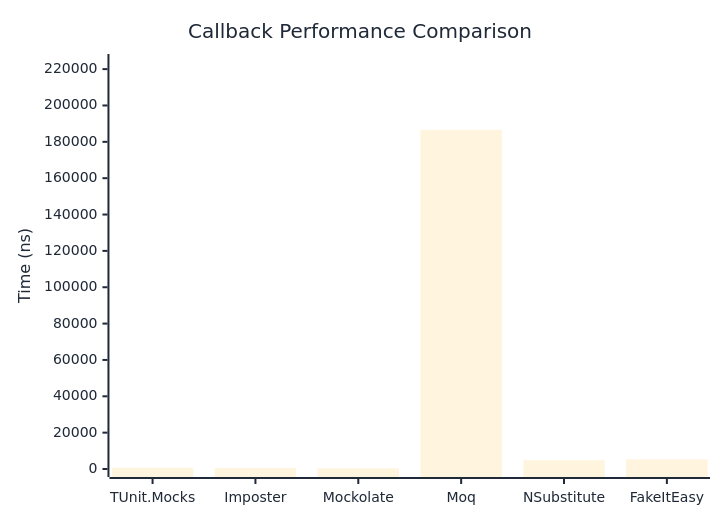
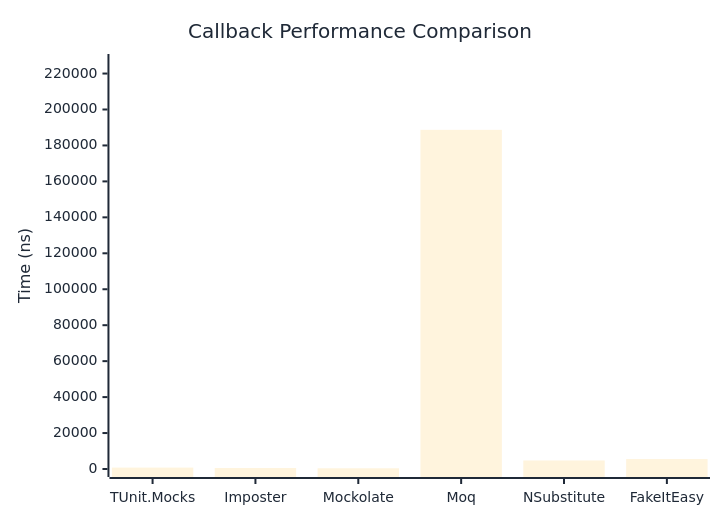
The first of 2 diagrams in docs/docs/benchmarks/mocks/Callback.md (thomhurst/TUnit), drawn with Mermaid before and after one commit. The commit also changed other lines of this file and 14 other files, not shown here.

````diff
--- a/docs/docs/benchmarks/mocks/Callback.md
+++ b/docs/docs/benchmarks/mocks/Callback.md
@@ -30,27 +30,27 @@
 ```mermaid
 %%{init: {
   'theme':'base',
   'themeVariables': {
     'primaryColor': '#2563eb',
     'primaryTextColor': '#1f2937',
     'primaryBorderColor': '#1e40af',
     'lineColor': '#6b7280',
     'secondaryColor': '#7c3aed',
     'tertiaryColor': '#dc2626',
     'background': '#ffffff',
     'pie1': '#2563eb',
     'pie2': '#7c3aed',
     'pie3': '#dc2626',
     'pie4': '#f59e0b',
     'pie5': '#10b981',
     'pie6': '#06b6d4',
     'pie7': '#ec4899',
     'pie8': '#6366f1'
   }
 }}%%
 xychart-beta
   title "Callback Performance Comparison"
   x-axis ["TUnit.Mocks", "Imposter", "Mockolate", "Moq", "NSubstitute", "FakeItEasy"]
-  y-axis "Time (ns)" 0 --> 223919
-  bar [695.4, 488, 372.8, 186598.9, 4850.6, 5339.9]
+  y-axis "Time (ns)" 0 --> 226423
+  bar [778.6, 548.5, 411.6, 188685.2, 4747.3, 5539.6]
 ```
````
